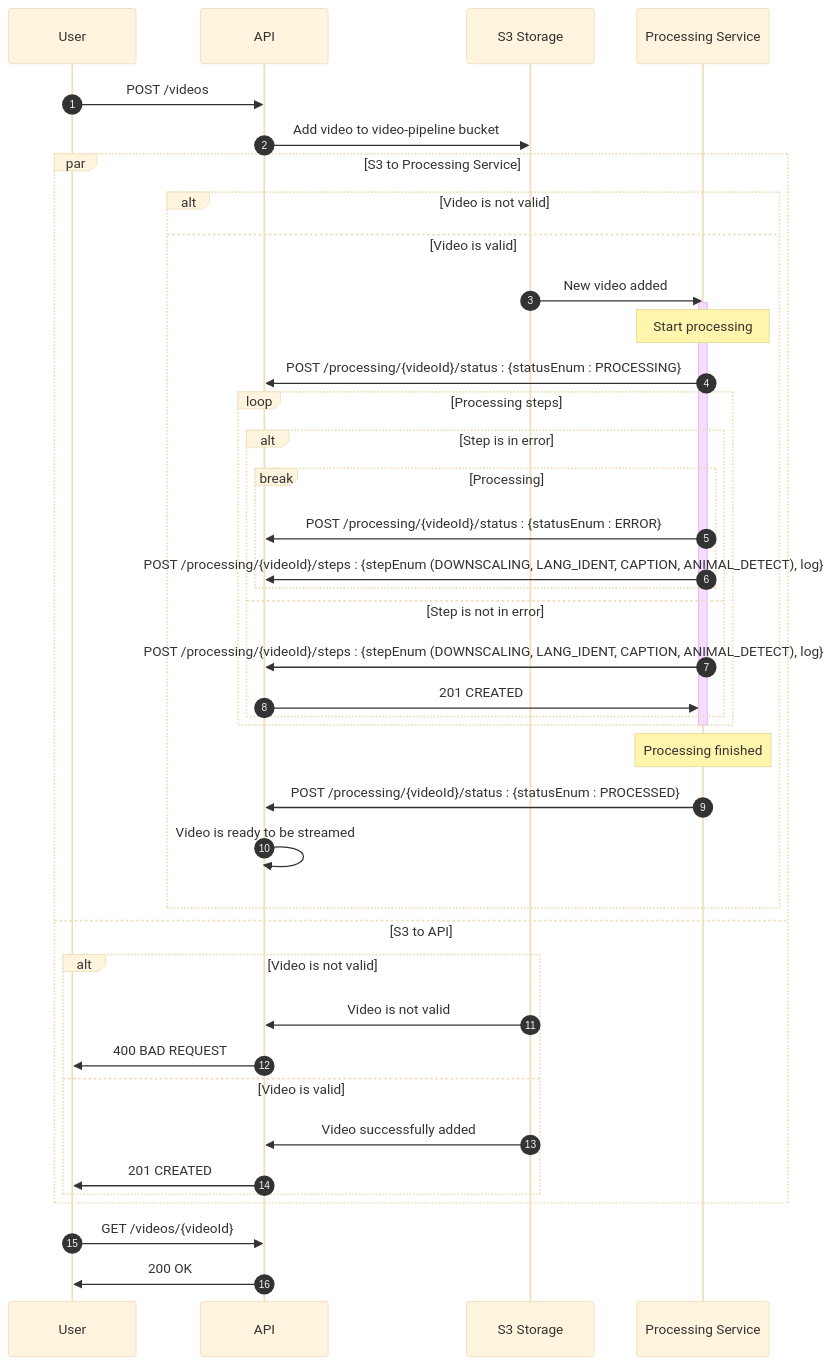
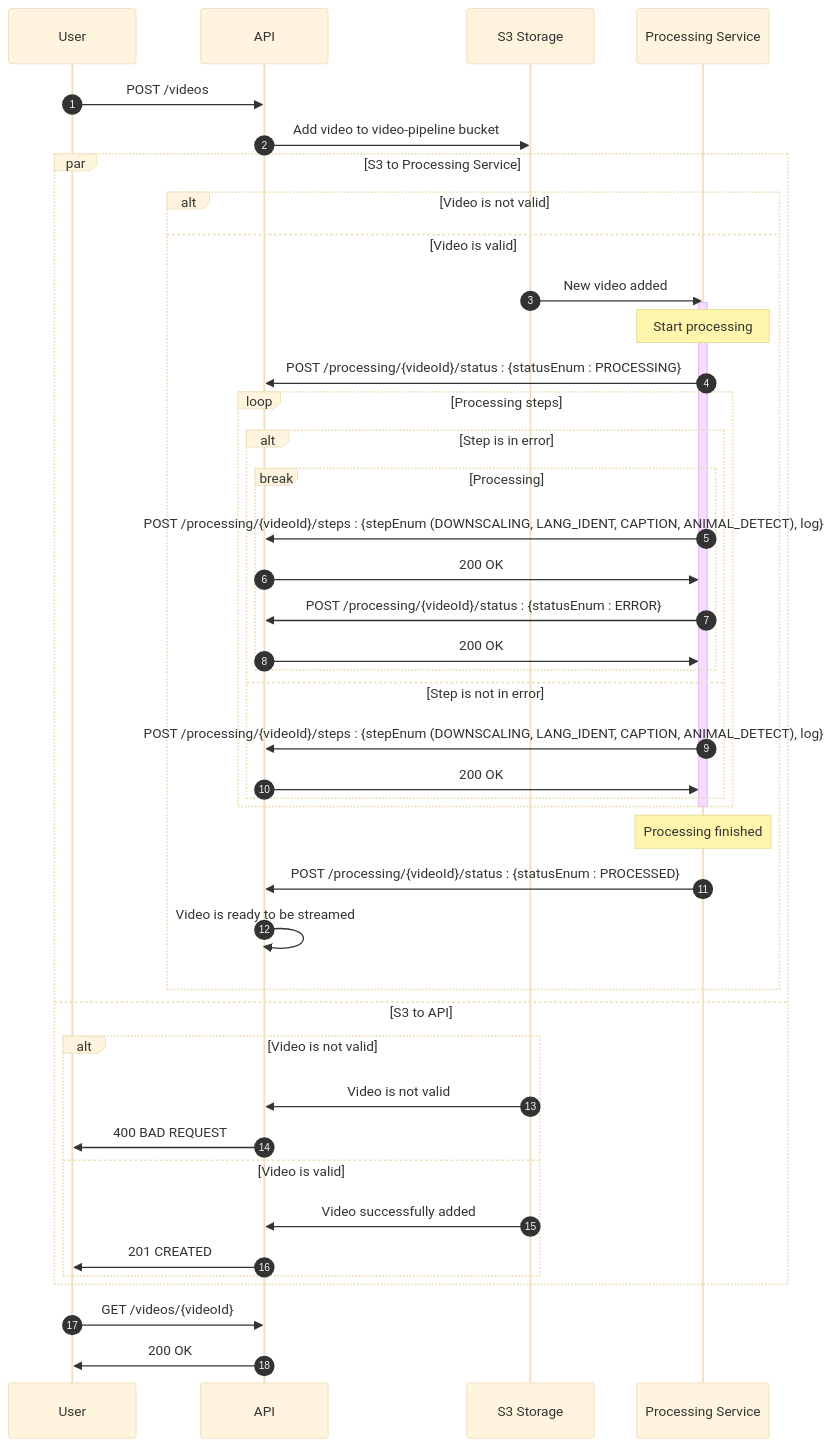
The diagram in pkg/video-api/README.md (NetfluxESIR/API-documents), drawn with Mermaid (base theme) before and after one commit. The commit also changed 1 other file, not shown here.

Commit message:
Update interface contract for video-API

````diff
--- a/pkg/video-api/README.md
+++ b/pkg/video-api/README.md
@@ -9,44 +9,46 @@
 ```mermaid
 sequenceDiagram
     autonumber
     participant U as User
     participant A as API
     participant S3 as S3 Storage
     participant S as Processing Service
     U ->> A: POST /videos
     A ->> S3: Add video to video-pipeline bucket
     par S3 to Processing Service
         alt Video is not valid
         else Video is valid
             S3 ->> S: New video added
             activate S 
             Note over S: Start processing
             S ->> A: POST /processing/{videoId}/status : {statusEnum : PROCESSING}
             loop Processing steps
                 alt Step is in error
                     break Processing
+                        S ->> A: POST /processing/{videoId}/steps : {stepEnum (DOWNSCALING, LANG_IDENT, CAPTION, ANIMAL_DETECT), log}
+                        A ->> S: 200 OK
                         S ->> A: POST /processing/{videoId}/status : {statusEnum : ERROR}
-                        S ->> A: POST /processing/{videoId}/steps : {stepEnum (DOWNSCALING, LANG_IDENT, CAPTION, ANIMAL_DETECT), log}
+                        A ->> S: 200 OK
                     end
                 else Step is not in error
                     S ->> A: POST /processing/{videoId}/steps : {stepEnum (DOWNSCALING, LANG_IDENT, CAPTION, ANIMAL_DETECT), log}
-                    A ->> S: 201 CREATED
+                    A ->> S: 200 OK
                 end
             end
             deactivate S
             Note over S: Processing finished
             S ->> A: POST /processing/{videoId}/status : {statusEnum : PROCESSED}
             A ->> A: Video is ready to be streamed
         end
     and S3 to API
         alt Video is not valid
             S3 ->> A: Video is not valid
             A ->> U: 400 BAD REQUEST
         else Video is valid
             S3 ->> A: Video successfully added
             A ->> U: 201 CREATED
         end
     end
     U ->> A: GET /videos/{videoId}
     A ->> U: 200 OK
 ```
````
